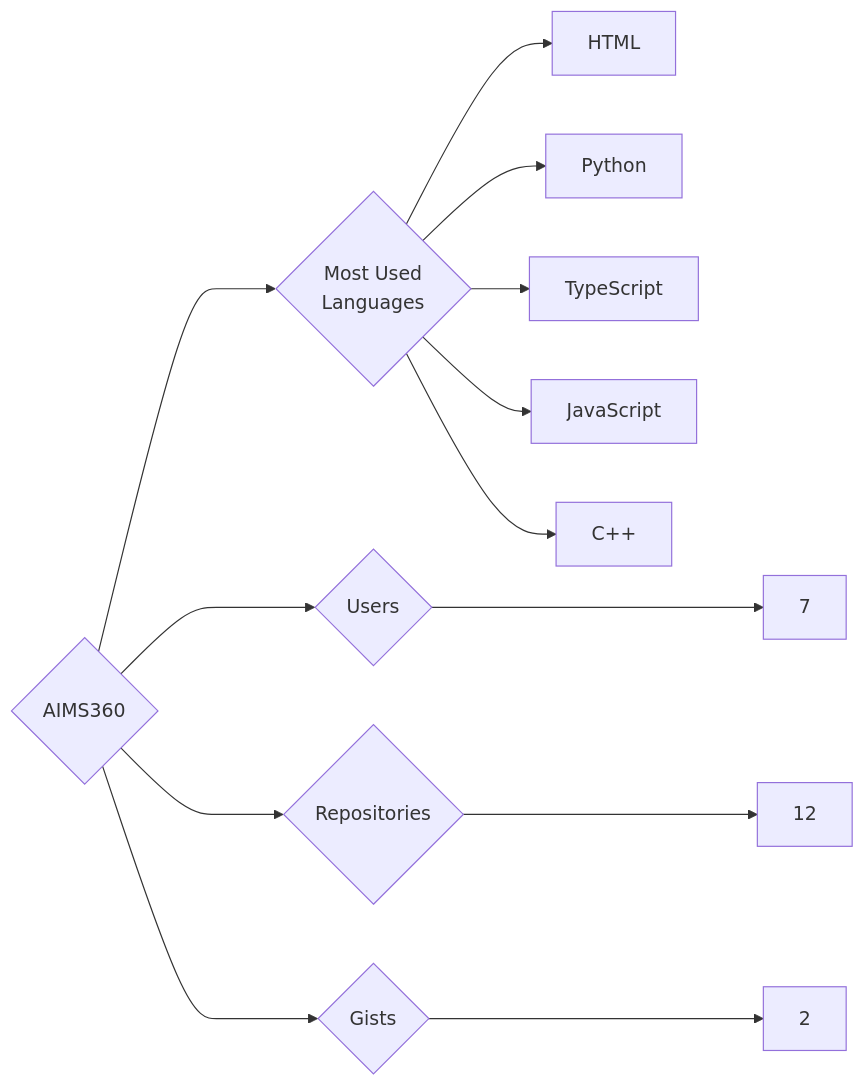
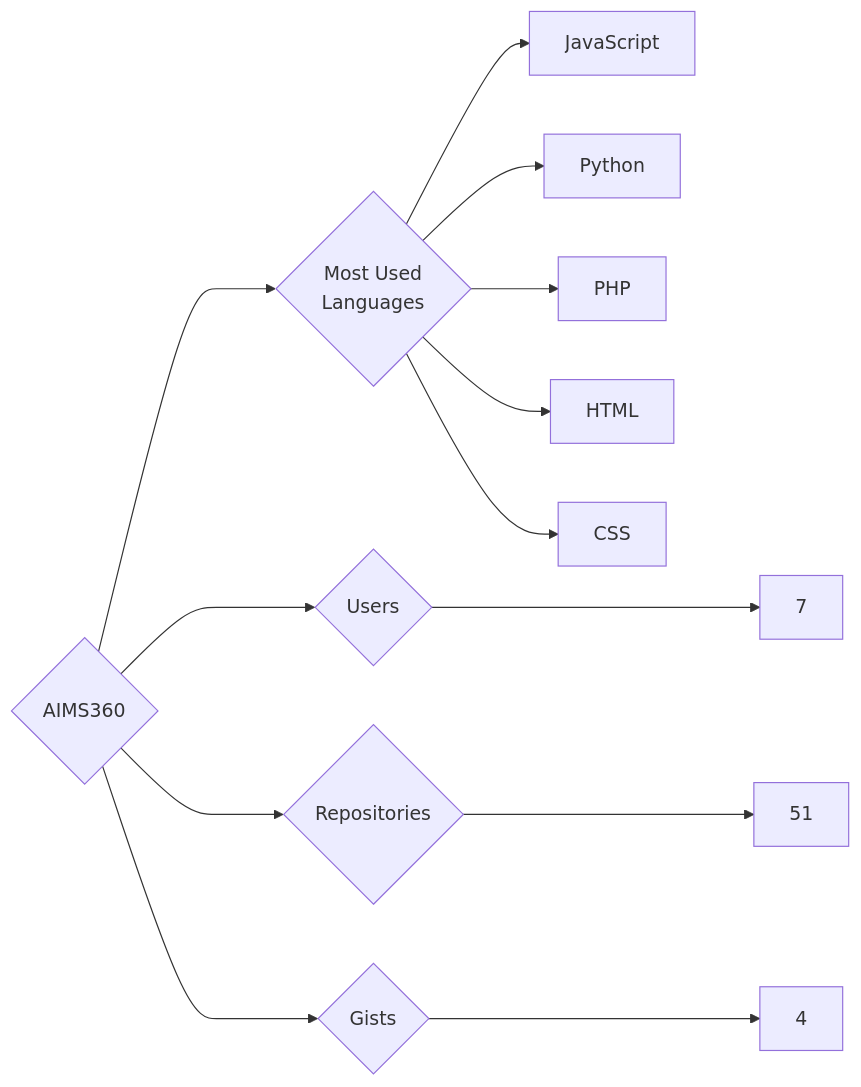
The diagram in targets/AIMS360/README.md (trickest/insiders), drawn with Mermaid before and after one commit. The commit also changed 1092 other files, not shown here.

````diff
--- a/targets/AIMS360/README.md
+++ b/targets/AIMS360/README.md
@@ -3,13 +3,13 @@
 ```mermaid
 graph LR
 COMPANY_NAME{AIMS360}
 COMPANY_NAME ---> U{Users} ---> UN[7]
-COMPANY_NAME ---> R{Repositories} ---> RN[12]
-COMPANY_NAME ---> G{Gists} ---> GN[2]
+COMPANY_NAME ---> R{Repositories} ---> RN[51]
+COMPANY_NAME ---> G{Gists} ---> GN[4]
 COMPANY_NAME ---> ML{Most Used<br>Languages}
+ML --> JavaScript[JavaScript]
+ML --> Python[Python]
+ML --> PHP[PHP]
 ML --> HTML[HTML]
-ML --> Python[Python]
-ML --> TypeScript[TypeScript]
-ML --> JavaScript[JavaScript]
-ML --> C++[C++]
+ML --> CSS[CSS]
 ```
````
